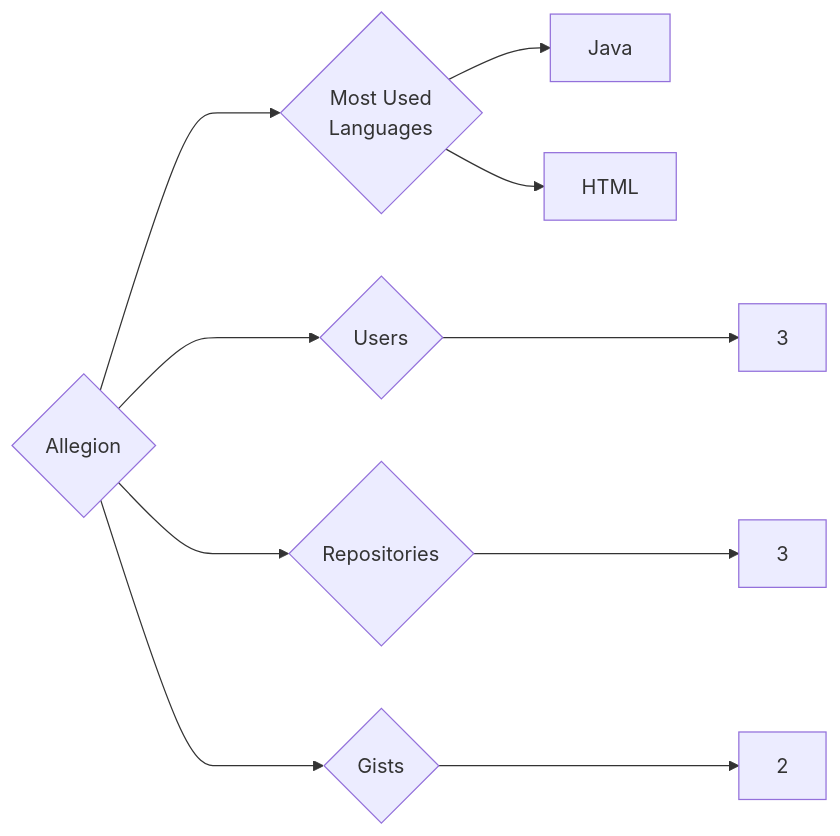
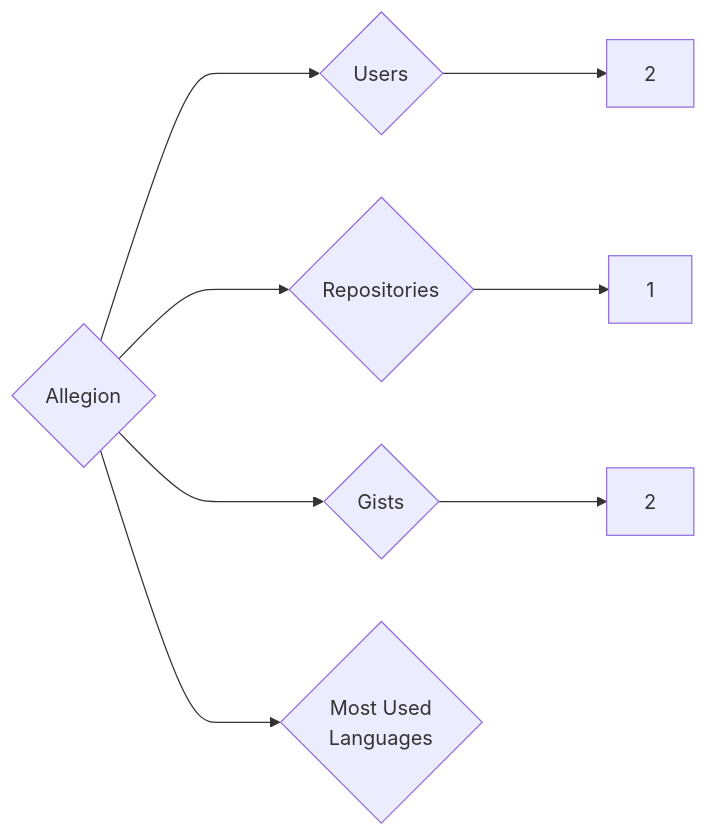
Before and after one commit to trickest/insiders: the diagram in targets/Allegion/README.md, drawn with Mermaid. The commit also changed 1149 other files, not shown here.

````diff
--- a/targets/Allegion/README.md
+++ b/targets/Allegion/README.md
@@ -3,10 +3,8 @@
 ```mermaid
 graph LR
 COMPANY_NAME{Allegion}
-COMPANY_NAME ---> U{Users} ---> UN[3]
-COMPANY_NAME ---> R{Repositories} ---> RN[3]
+COMPANY_NAME ---> U{Users} ---> UN[2]
+COMPANY_NAME ---> R{Repositories} ---> RN[1]
 COMPANY_NAME ---> G{Gists} ---> GN[2]
 COMPANY_NAME ---> ML{Most Used<br>Languages}
-ML --> Java[Java]
-ML --> HTML[HTML]
 ```
````
